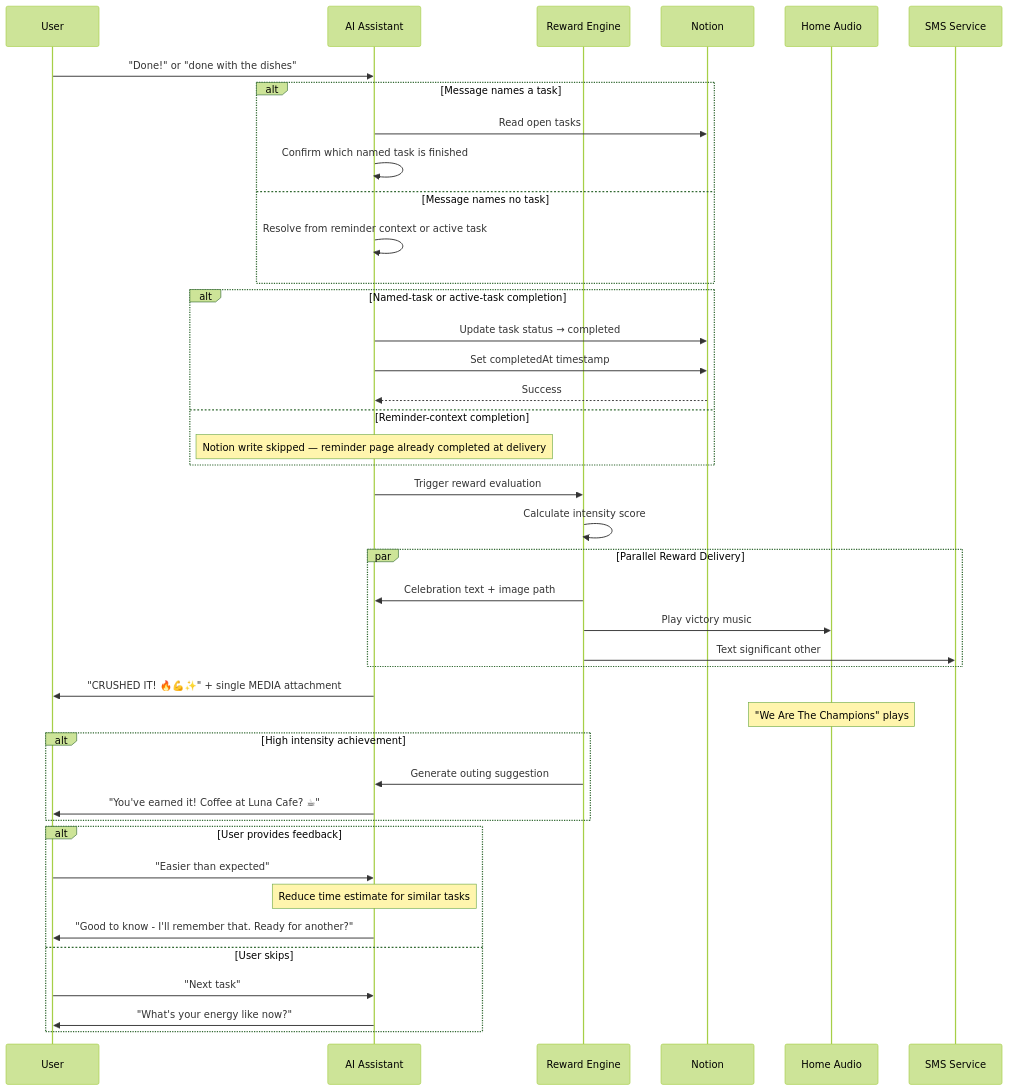
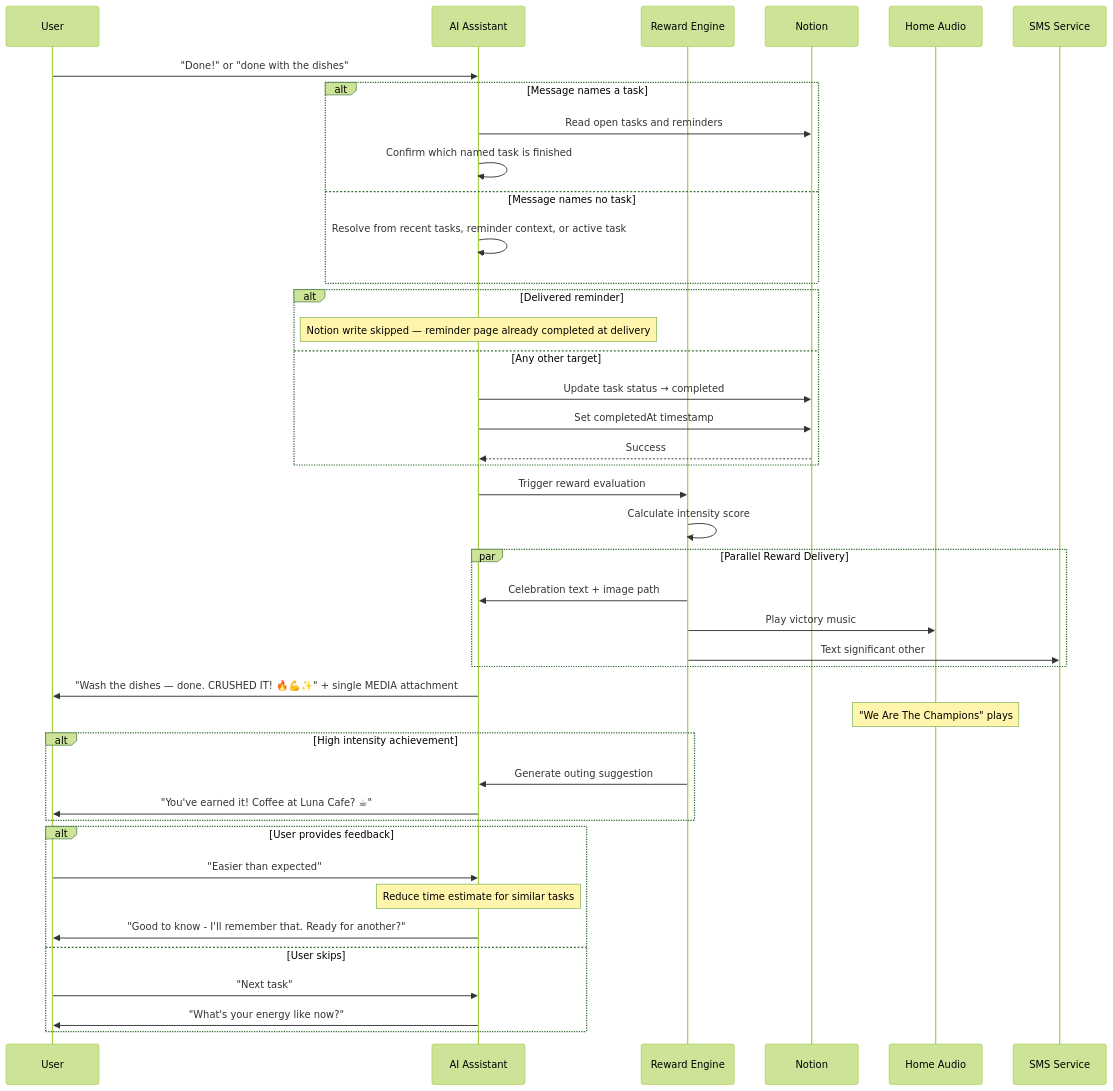
Before and after one commit to NickBorgersProbably/hide-my-list: the eighth of 28 diagrams in docs/user-interactions.md, drawn with Mermaid (forest theme). The commit also changed other lines of this file and 7 other files, not shown here.

First line of the commit message:
docs(complete): specify ledger anchor, reminder completion, named celebration

````diff
--- a/docs/user-interactions.md
+++ b/docs/user-interactions.md
@@ -295,53 +315,53 @@
 ```mermaid
 sequenceDiagram
     participant U as User
     participant AI as AI Assistant
     participant R as Reward Engine
     participant N as Notion
     participant HA as Home Audio
     participant SMS as SMS Service
 
     U->>AI: "Done!" or "done with the dishes"
 
     alt Message names a task
-        AI->>N: Read open tasks
+        AI->>N: Read open tasks and reminders
         AI->>AI: Confirm which named task is finished
     else Message names no task
-        AI->>AI: Resolve from reminder context or active task
+        AI->>AI: Resolve from recent tasks, reminder context, or active task
     end
 
-    alt Named-task or active-task completion
+    alt Delivered reminder
+        Note over AI: Notion write skipped — reminder page already completed at delivery
+    else Any other target
         AI->>N: Update task status → completed
         AI->>N: Set completedAt timestamp
         N-->>AI: Success
-    else Reminder-context completion
-        Note over AI: Notion write skipped — reminder page already completed at delivery
     end
 
     AI->>R: Trigger reward evaluation
     R->>R: Calculate intensity score
 
     par Parallel Reward Delivery
         R->>AI: Celebration text + image path
         R->>HA: Play victory music
         R->>SMS: Text significant other
     end
 
-    AI->>U: "CRUSHED IT! 🔥💪✨" + single MEDIA attachment
+    AI->>U: "Wash the dishes — done. CRUSHED IT! 🔥💪✨" + single MEDIA attachment
 
     Note over HA: "We Are The Champions" plays
 
     alt High intensity achievement
         R->>AI: Generate outing suggestion
         AI->>U: "You've earned it! Coffee at Luna Cafe? ☕"
     end
 
     alt User provides feedback
         U->>AI: "Easier than expected"
         Note over AI: Reduce time estimate for similar tasks
         AI->>U: "Good to know - I'll remember that. Ready for another?"
     else User skips
         U->>AI: "Next task"
         AI->>U: "What's your energy like now?"
     end
 ```
````
